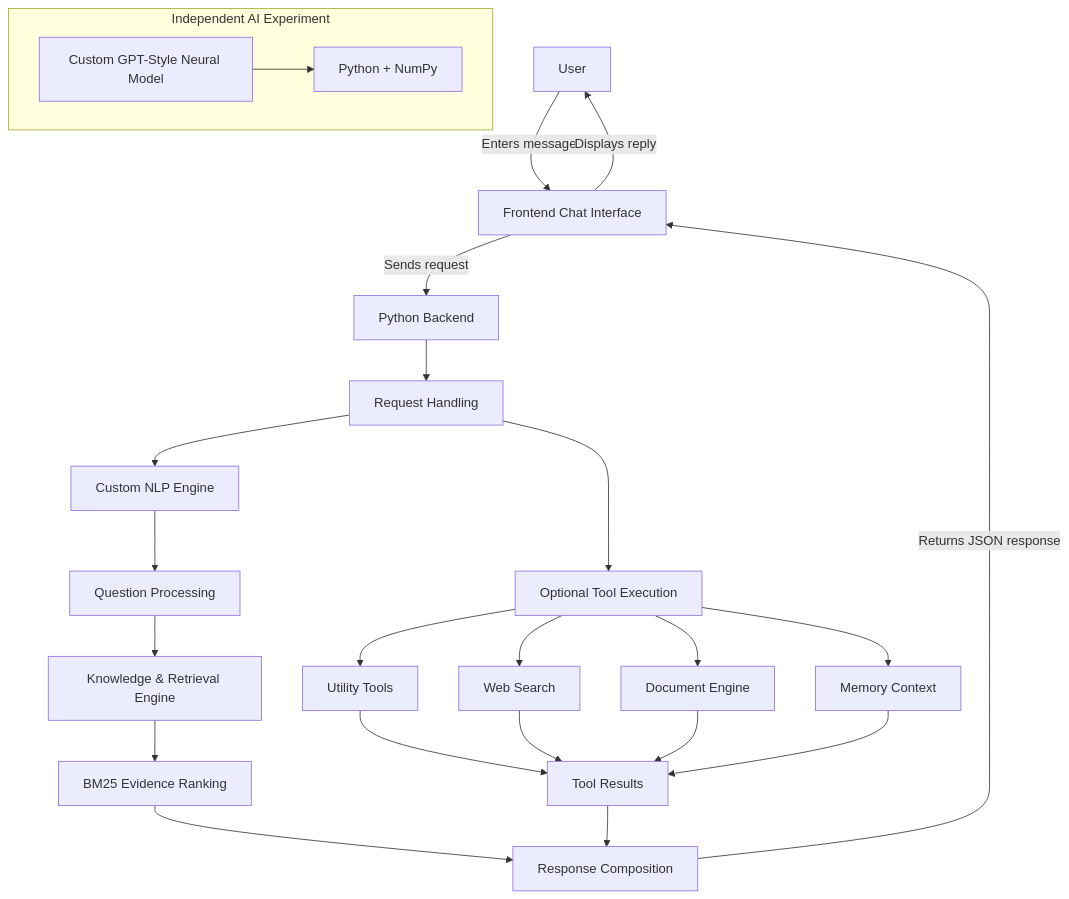
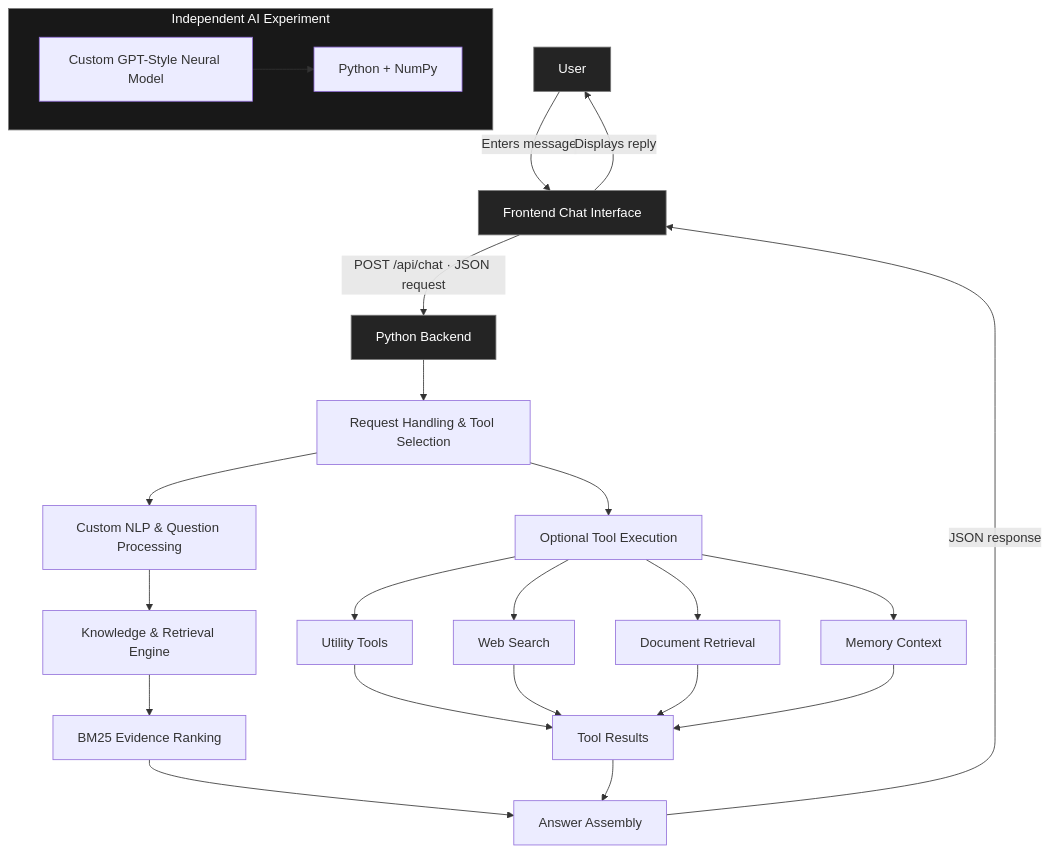
One commit to omarabualnasr/ArabLens changed the diagram in README.md. Above: the diagram before and after it, drawn with Mermaid. The commit also changed other lines of this file, not shown here.

````diff
--- a/README.md
+++ b/README.md
@@ -153,35 +155,37 @@
 ```mermaid
 flowchart TD
     A["User"] -->|"Enters message"| B["Frontend Chat Interface"]
-    B -->|"Sends request"| C["Python Backend"]
+    B -->|"POST /api/chat · JSON request"| C["Python Backend"]
 
-    C --> D["Request Handling"]
-    D --> E["Custom NLP Engine"]
-    E --> F["Question Processing"]
-    F --> G["Knowledge & Retrieval Engine"]
-    G --> H["BM25 Evidence Ranking"]
-    H --> I["Response Composition"]
+    C --> D["Request Handling & Tool Selection"]
+    D --> E["Custom NLP & Question Processing"]
+    E --> F["Knowledge & Retrieval Engine"]
+    F --> G["BM25 Evidence Ranking"]
+    G --> H["Answer Assembly"]
 
-    D --> J["Optional Tool Execution"]
+    D --> I["Optional Tool Execution"]
+    I --> J["Utility Tools"]
+    I --> K["Web Search"]
+    I --> L["Document Retrieval"]
+    I --> M["Memory Context"]
 
-    J --> K["Utility Tools"]
-    J --> L["Web Search"]
-    J --> M["Document Engine"]
-    J --> N["Memory Context"]
+    J --> N["Tool Results"]
+    K --> N
+    L --> N
+    M --> N
+    N --> H
 
-    K --> O["Tool Results"]
-    L --> O
-    M --> O
-    N --> O
-
-    O --> I
-
-    I -->|"Returns JSON response"| B
+    H -->|"JSON response"| B
     B -->|"Displays reply"| A
 
     subgraph EXP["Independent AI Experiment"]
-        P["Custom GPT-Style Neural Model"]
-        Q["Python + NumPy"]
-        P --> Q
+        O["Custom GPT-Style Neural Model"]
+        P["Python + NumPy"]
+        O --> P
     end
+
+    style A fill:#242424,color:#ffffff,stroke:#777777
+    style B fill:#242424,color:#ffffff,stroke:#777777
+    style C fill:#242424,color:#ffffff,stroke:#777777
+    style EXP fill:#181818,color:#ffffff,stroke:#777777
 ```
````
